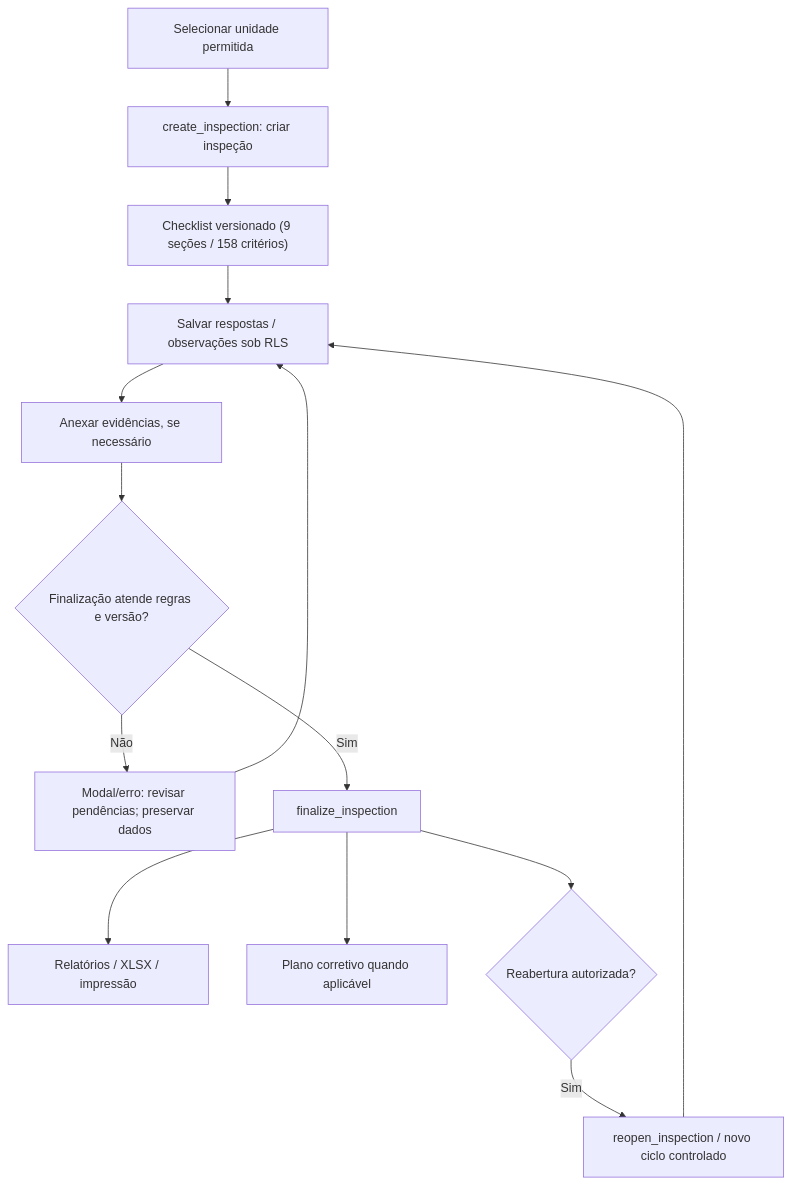
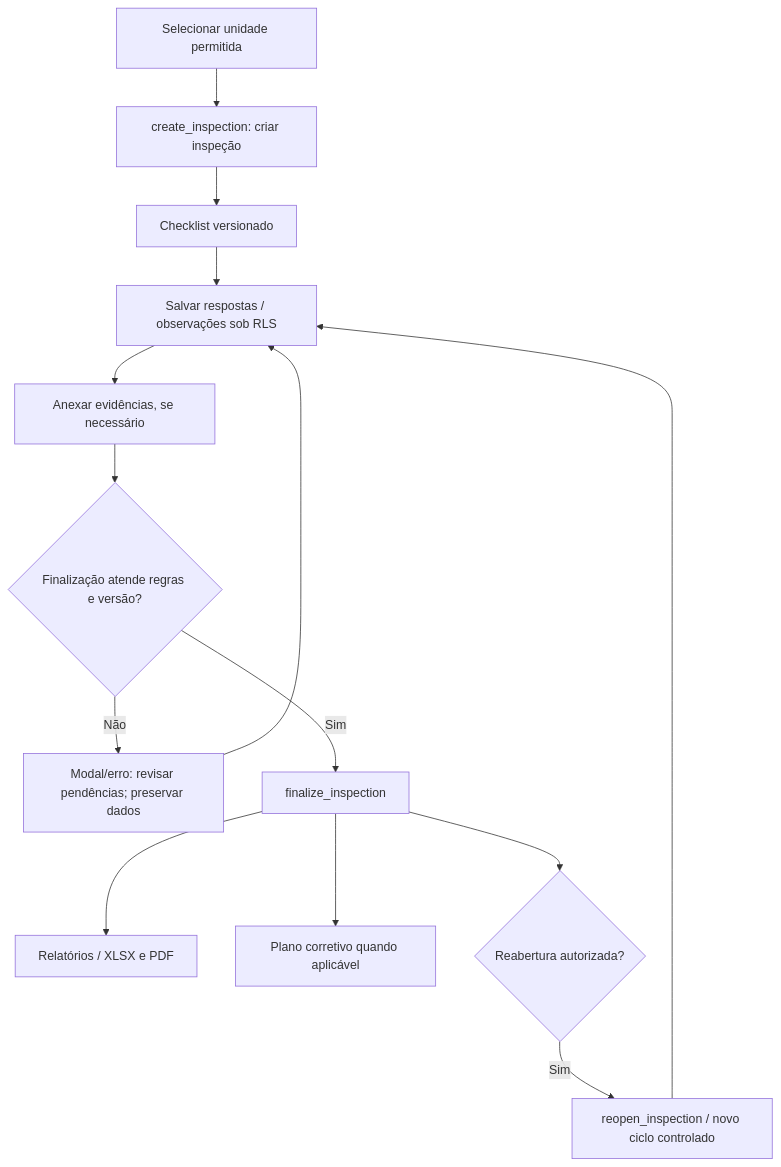
One commit to The-Vonky/Gaucha-Gestao changed the second of 7 diagrams in docs/architecture/WORKFLOWS.md. Above: the diagram before and after it, drawn with Mermaid. The commit also changed other lines of this file and 27 other files, not shown here.

```diff
--- a/docs/architecture/WORKFLOWS.md
+++ b/docs/architecture/WORKFLOWS.md
@@ -41,16 +41,16 @@
 ~~~mermaid
 flowchart TD
   S["Selecionar unidade permitida"] --> C["create_inspection: criar inspeção"]
-  C --> FORM["Checklist versionado (9 seções / 158 critérios)"]
+  C --> FORM["Checklist versionado"]
   FORM --> ANSWER["Salvar respostas / observações sob RLS"]
   ANSWER --> EVID["Anexar evidências, se necessário"]
   EVID --> READY{"Finalização atende regras e versão?"}
   READY -- "Não" --> ERR["Modal/erro: revisar pendências; preservar dados"]
   ERR --> ANSWER
   READY -- "Sim" --> FINAL["finalize_inspection"]
-  FINAL --> REPORT["Relatórios / XLSX / impressão"]
+  FINAL --> REPORT["Relatórios / XLSX e PDF"]
   FINAL --> PLAN["Plano corretivo quando aplicável"]
   FINAL --> REOPEN{"Reabertura autorizada?"}
   REOPEN -- "Sim" --> OPEN["reopen_inspection / novo ciclo controlado"]
   OPEN --> ANSWER
 ~~~
```
